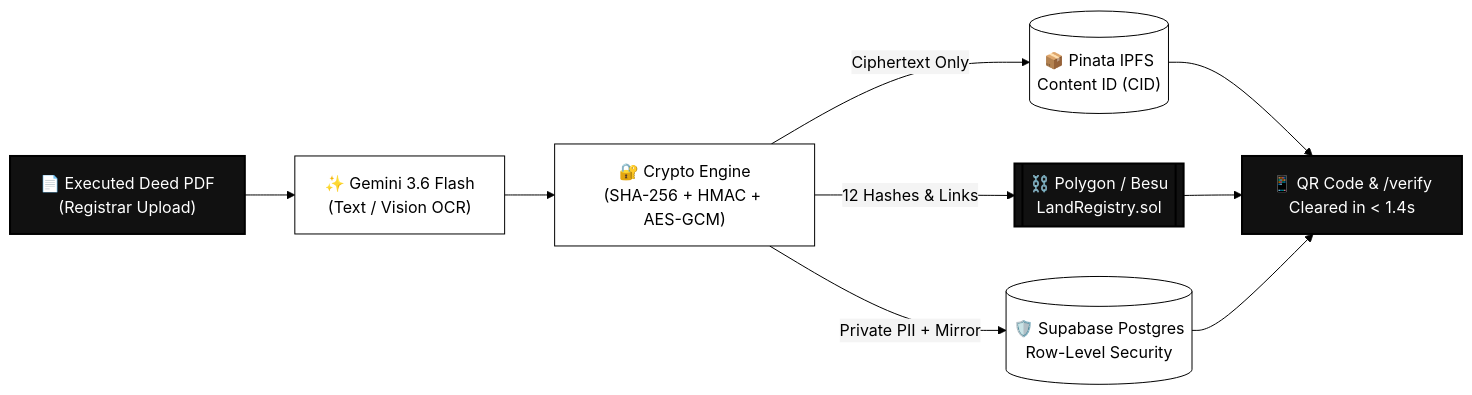
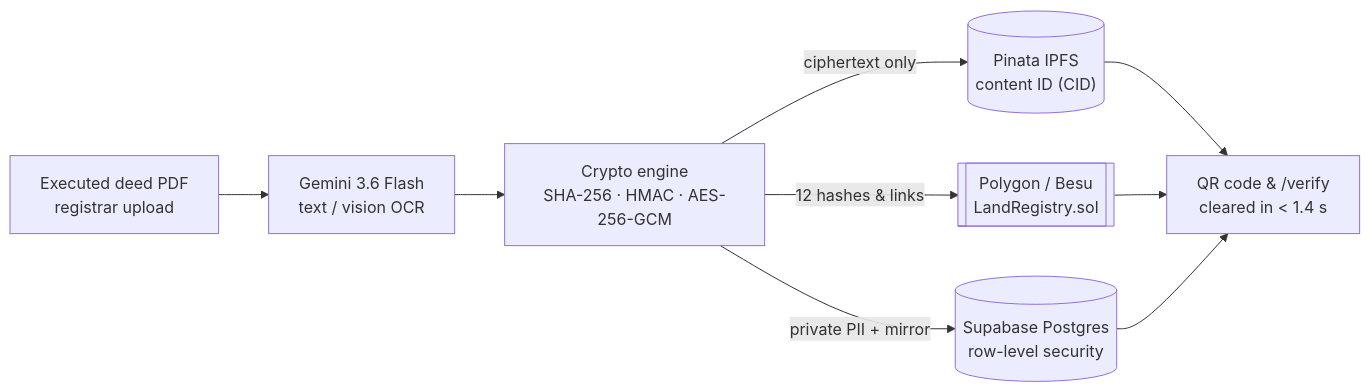
One commit to rmn2178/NOSIH-secure changed the first of 8 diagrams in README.md. Above: the diagram before and after it, drawn with Mermaid. The commit also changed other lines of this file, not shown here.

First line of the commit message:
docs(readme): rework mermaid diagrams for theme-adaptive clarity

````diff
--- a/README.md
+++ b/README.md
@@ -65,14 +65,9 @@
 ```mermaid
-%%{init: {'theme': 'base', 'themeVariables': { 'primaryColor': '#ffffff', 'primaryTextColor': '#000000', 'primaryBorderColor': '#000000', 'lineColor': '#000000', 'secondaryColor': '#f4f4f4', 'tertiaryColor': '#e8e8e8'}}}%%
 flowchart LR
-    A["📄 Executed Deed PDF<br/>(Registrar Upload)"] --> B["✨ Gemini 3.6 Flash<br/>(Text / Vision OCR)"]
-    B --> C["🔐 Crypto Engine<br/>(SHA-256 + HMAC + AES-GCM)"]
-    C -->|Ciphertext Only| D[("📦 Pinata IPFS<br/>Content ID (CID)")]
-    C -->|12 Hashes & Links| E[["⛓️ Polygon / Besu<br/>LandRegistry.sol"]]
-    C -->|Private PII + Mirror| F[("🛡️ Supabase Postgres<br/>Row-Level Security")]
-    D & E & F --> G["📱 QR Code & /verify<br/>Cleared in < 1.4s"]
-
-    style A fill:#111111,stroke:#000000,stroke-width:2px,color:#ffffff
-    style E fill:#111111,stroke:#000000,stroke-width:2px,color:#ffffff
-    style G fill:#111111,stroke:#000000,stroke-width:2px,color:#ffffff
+    A["Executed deed PDF<br/>registrar upload"] --> B["Gemini 3.6 Flash<br/>text / vision OCR"]
+    B --> C["Crypto engine<br/>SHA-256 · HMAC · AES-256-GCM"]
+    C -->|ciphertext only| D[("Pinata IPFS<br/>content ID (CID)")]
+    C -->|12 hashes & links| E[["Polygon / Besu<br/>LandRegistry.sol"]]
+    C -->|private PII + mirror| F[("Supabase Postgres<br/>row-level security")]
+    D & E & F --> G["QR code & /verify<br/>cleared in &lt; 1.4 s"]
 ```
````
